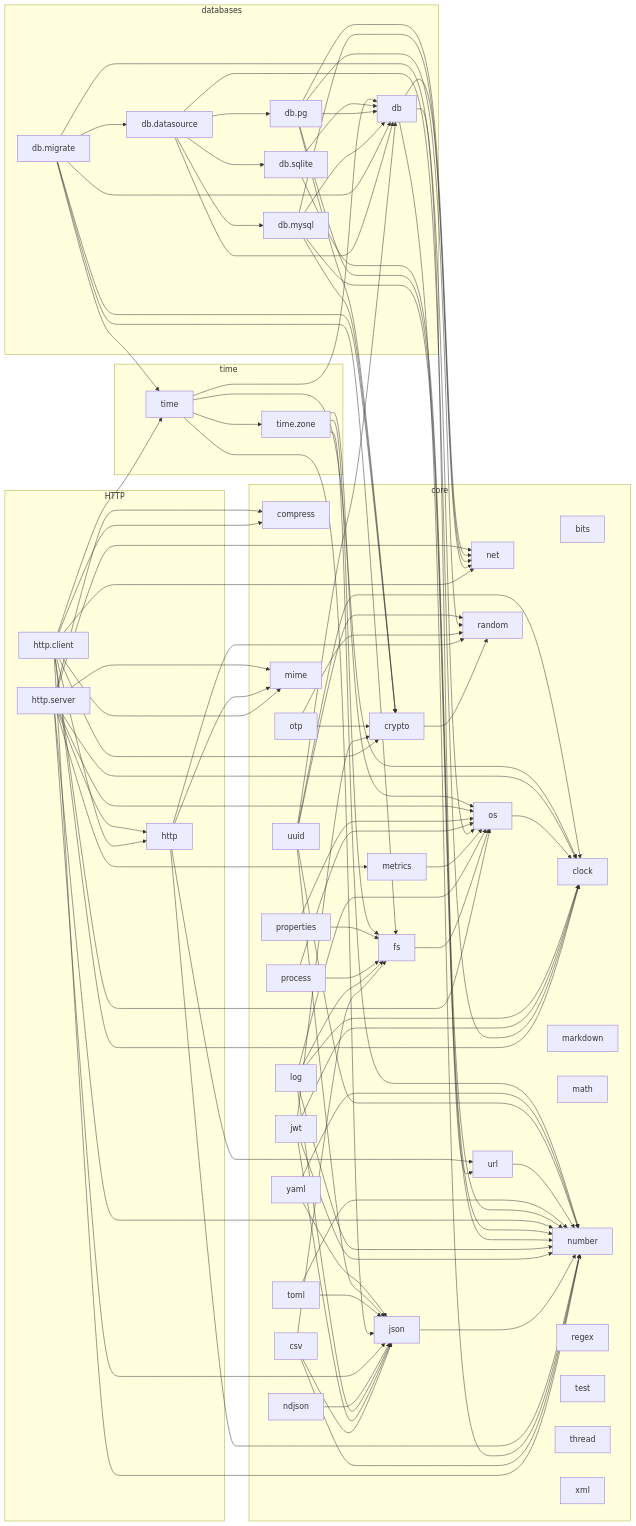
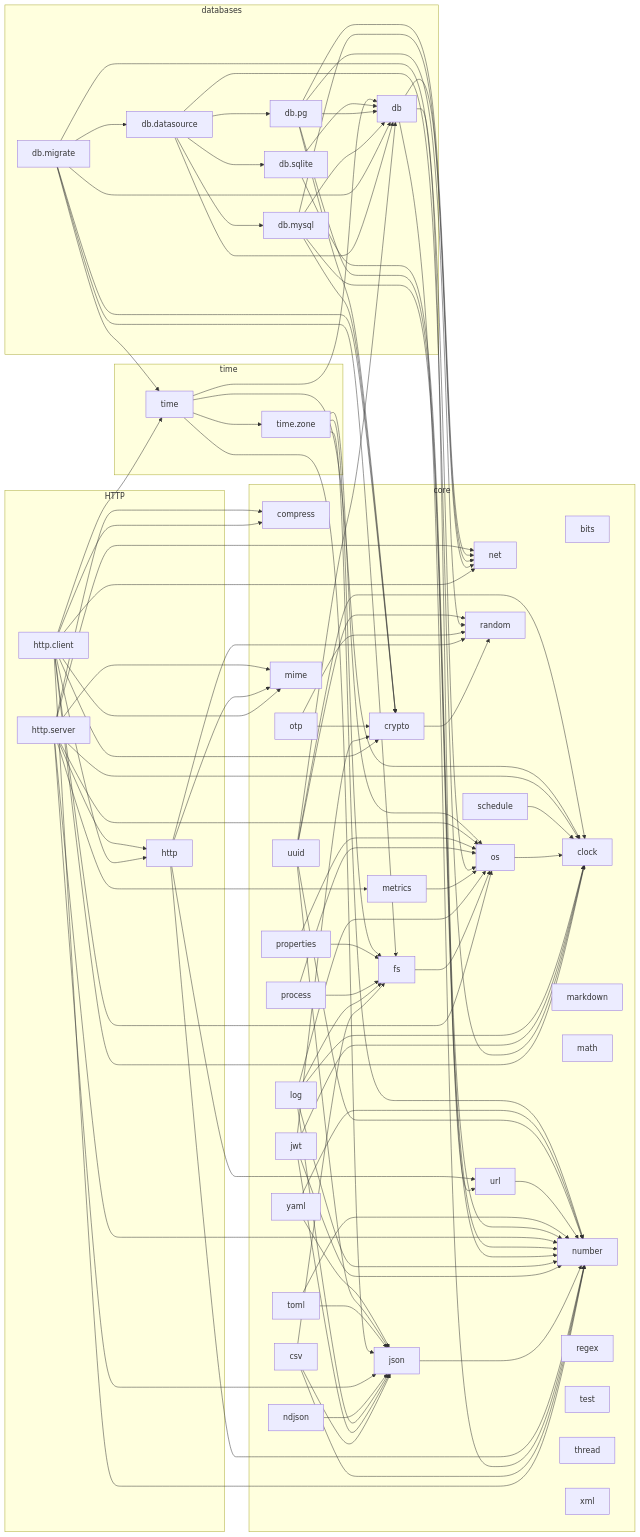
Before and after one commit to vasnatech/ziman: the diagram in docs/lib/dependencies.md, drawn with Mermaid. The commit also changed other lines of this file and 10 other files, not shown here.

```diff
--- a/docs/lib/dependencies.md
+++ b/docs/lib/dependencies.md
@@ -30,6 +30,7 @@
         properties["properties"]
         random["random"]
         regex["regex"]
+        schedule["schedule"]
         test["test"]
         thread["thread"]
         toml["toml"]
@@ -115,6 +116,7 @@
     process --> os
     properties --> fs
     properties --> os
+    schedule --> clock
     server --> clock
     server --> compress
     server --> http
```
